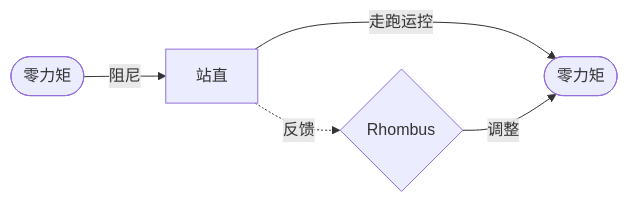
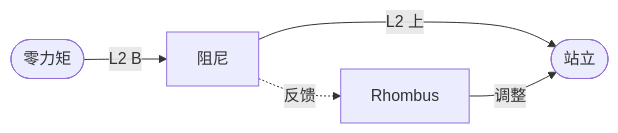
Before and after one commit to J-X-Chen/Note: the diagram in UnitreeG1/遥控器.md, drawn with Mermaid. The commit also changed other lines of this file, not shown here.

Commit message:
UnitreeG1/遥控器.md updated from https://stackedit.io/

````diff
--- a/UnitreeG1/遥控器.md
+++ b/UnitreeG1/遥控器.md
@@ -8,7 +8,7 @@
 ```mermaid
 graph LR
-    A([零力矩]) -- 阻尼 --> B[站直]
-    B -- 走跑运控 --> C([零力矩])
-    B -. 反馈 .-> D{Rhombus}
+    A([零力矩]) -- L2 B --> B[阻尼]
+    B -- L2 上 --> C([站立])
+    B -. 反馈 .-> D[Rhombus]
     D -- 调整 --> C
 ```
````
